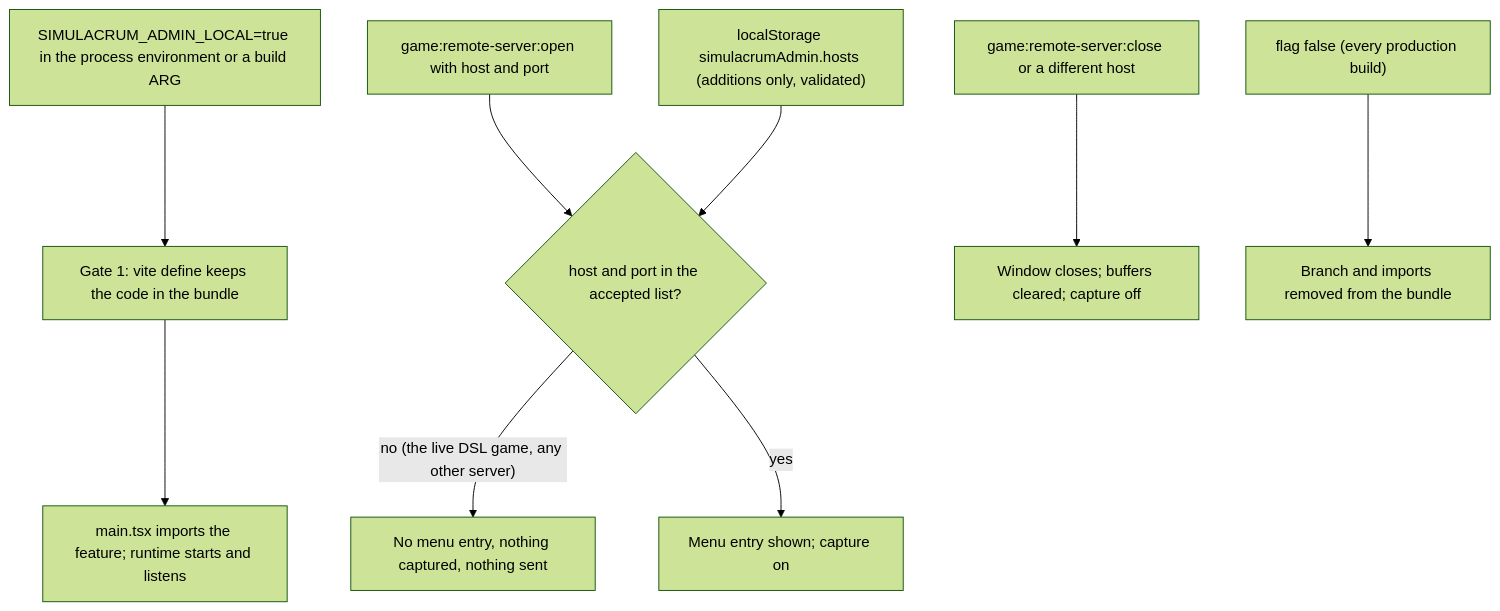
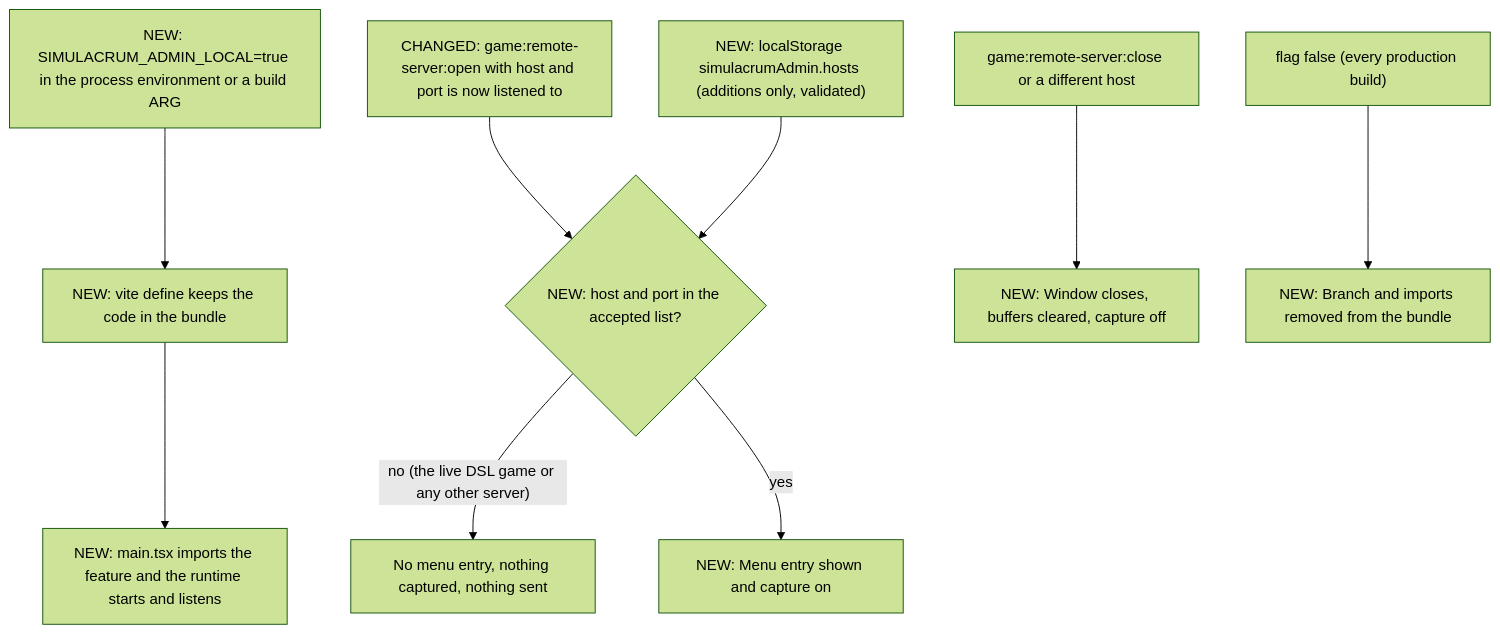
One commit to TournyMasterBot/Shattered-Archive changed the second of 10 diagrams in .ai-plans/active/2026-11-07_simulacrum-admin-panel/tech-plan.md. Above: the diagram before and after it, drawn with Mermaid (forest theme). The commit also changed other lines of this file and 232 other files, not shown here.

````diff
--- a/.ai-plans/active/2026-11-07_simulacrum-admin-panel/tech-plan.md
+++ b/.ai-plans/active/2026-11-07_simulacrum-admin-panel/tech-plan.md
@@ -52,11 +65,11 @@
 ```mermaid
 flowchart TD
-  BUILD["SIMULACRUM_ADMIN_LOCAL=true in the process environment or a build ARG"] --> G1["Gate 1: vite define keeps the code in the bundle"]
-  G1 --> LOAD["main.tsx imports the feature; runtime starts and listens"]
-  OPEN["game:remote-server:open with host and port"] --> MATCH{"host and port in the accepted list?"}
-  MATCH -->|"no (the live DSL game, any other server)"| OFF["No menu entry, nothing captured, nothing sent"]
-  MATCH -->|"yes"| ON["Menu entry shown; capture on"]
-  CLOSE["game:remote-server:close or a different host"] --> CLEAR["Window closes; buffers cleared; capture off"]
-  STORE["localStorage simulacrumAdmin.hosts (additions only, validated)"] --> MATCH
-  NOFLAG["flag false (every production build)"] --> GONE["Branch and imports removed from the bundle"]
+  BUILD["NEW: SIMULACRUM_ADMIN_LOCAL=true in the process environment or a build ARG"] --> G1["NEW: vite define keeps the code in the bundle"]
+  G1 --> LOAD["NEW: main.tsx imports the feature and the runtime starts and listens"]
+  OPEN["CHANGED: game:remote-server:open with host and port is now listened to"] --> MATCH{"NEW: host and port in the accepted list?"}
+  MATCH -->|"no (the live DSL game or any other server)"| OFF["No menu entry, nothing captured, nothing sent"]
+  MATCH -->|"yes"| ON["NEW: Menu entry shown and capture on"]
+  CLOSE["game:remote-server:close or a different host"] --> CLEAR["NEW: Window closes, buffers cleared, capture off"]
+  STORE["NEW: localStorage simulacrumAdmin.hosts (additions only, validated)"] --> MATCH
+  NOFLAG["flag false (every production build)"] --> GONE["NEW: Branch and imports removed from the bundle"]
 ```
````
